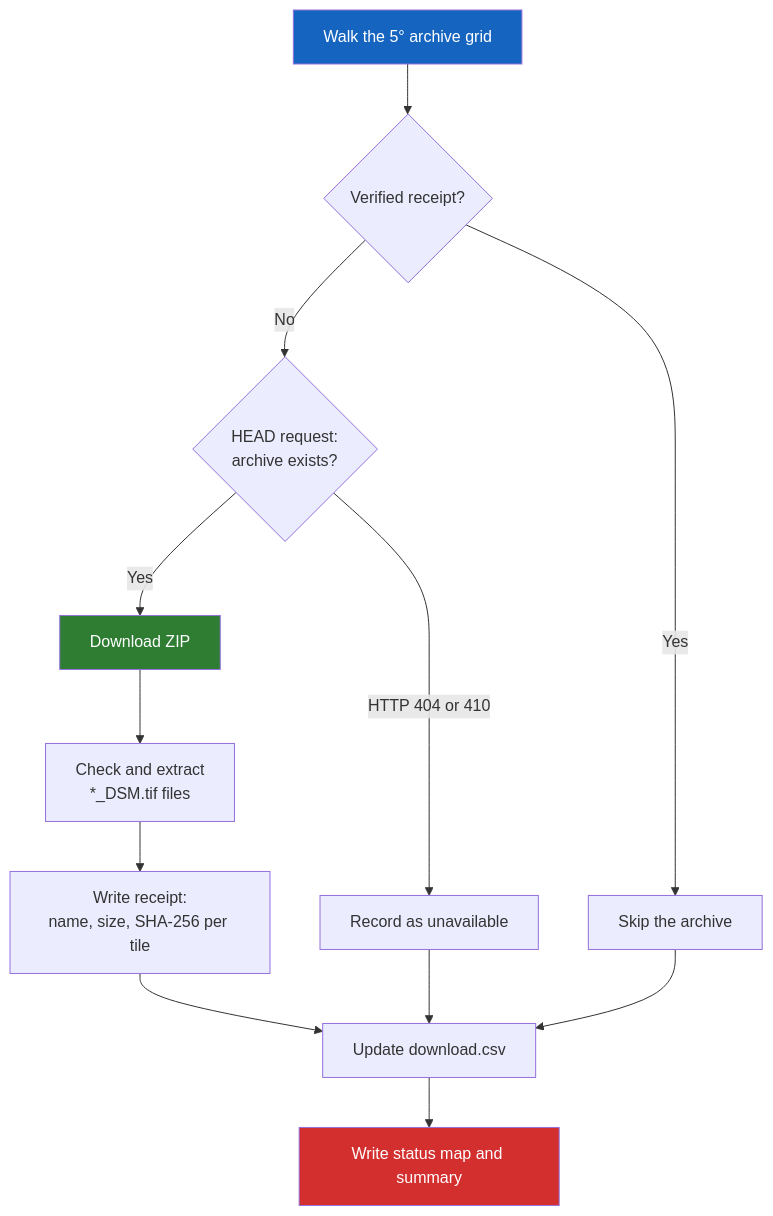
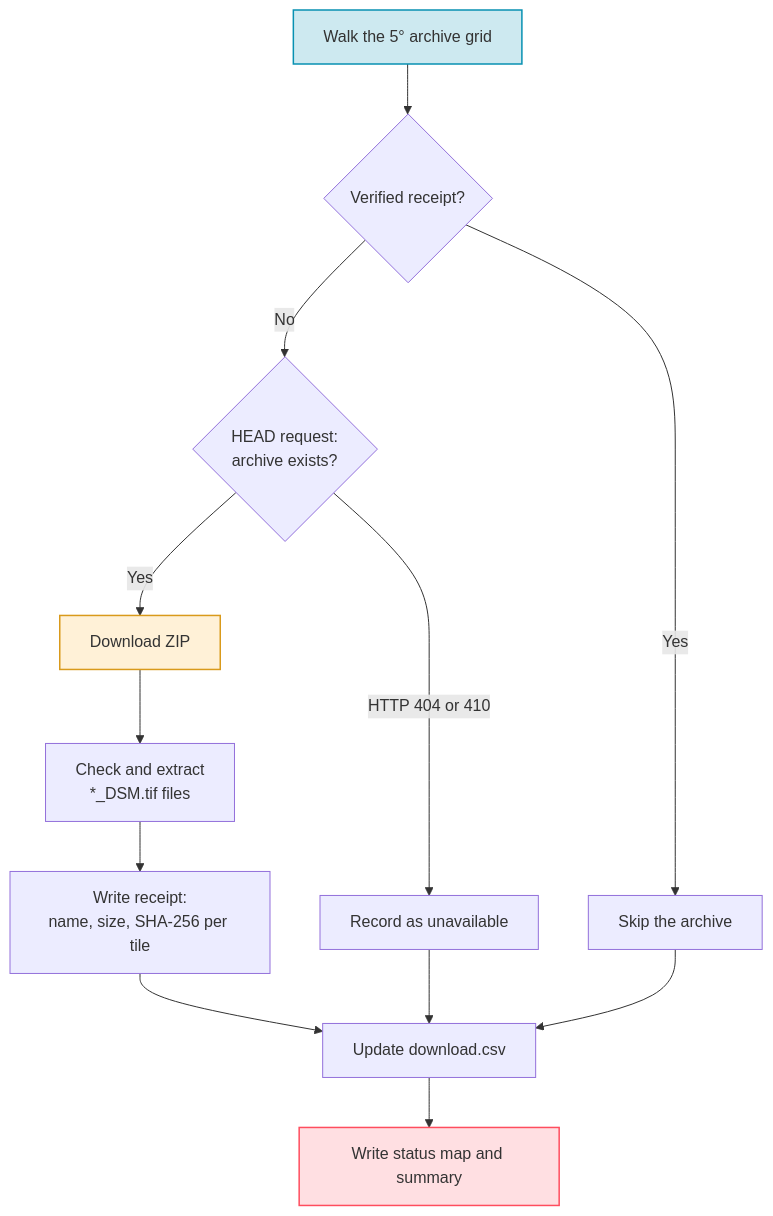
The diagram in docs/guide/download.md (ThalesGroup/passage), drawn with Mermaid before and after one commit. The commit also changed 10 other files, not shown here.

First line of the commit message:
Docs: alpine dusk palette, zoomable Mermaid diagrams in site colours

````diff
--- a/docs/guide/download.md
+++ b/docs/guide/download.md
@@ -84,18 +84,18 @@
 ```mermaid
 flowchart TD
     A[Walk the 5° archive grid] --> B{Verified receipt?}
     B -->|Yes| S[Skip the archive]
     B -->|No| H{HEAD request:<br>archive exists?}
     H -->|HTTP 404 or 410| U[Record as unavailable]
     H -->|Yes| C[Download ZIP]
     C --> E[Check and extract<br>*_DSM.tif files]
     E --> R[Write receipt:<br>name, size, SHA-256 per tile]
     R --> F[Update download.csv]
     U --> F
     S --> F
     F --> G[Write status map and summary]
 
-    style A fill:#1565C0,color:#fff
-    style C fill:#2E7D32,color:#fff
-    style G fill:#D32F2F,color:#fff
+    style A fill:#0891b233,stroke:#0891b2,stroke-width:1.5px
+    style C fill:#ffb93833,stroke:#d99a1b,stroke-width:1.5px
+    style G fill:#ff4d5e2e,stroke:#ff4d5e,stroke-width:1.5px
 ```
````
